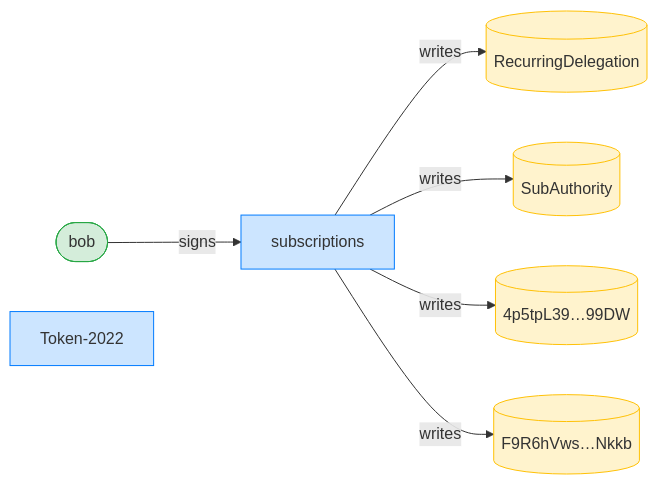
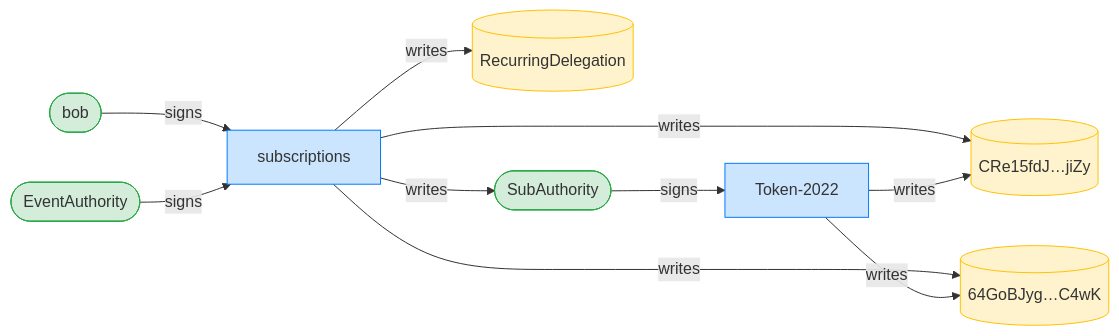
Before and after one commit to cds-rs/subscriptions: diagram 11 of 12 in dsl_tests/recurring-transfer-over-a-token-2022-unconfigured-transfer-hook-mint.md, drawn with Mermaid. The commit also changed other lines of this file and 224 other files, not shown here.

````diff
--- a/dsl_tests/recurring-transfer-over-a-token-2022-unconfigured-transfer-hook-mint.md
+++ b/dsl_tests/recurring-transfer-over-a-token-2022-unconfigured-transfer-hook-mint.md
@@ -214,18 +223,23 @@
 ```mermaid
 flowchart LR
     classDef signer fill:#d4edda,stroke:#28a745;
     classDef program fill:#cce5ff,stroke:#007bff;
     classDef writable fill:#fff3cd,stroke:#ffc107;
     subscriptions[subscriptions]:::program
     RecurringDelegation[(RecurringDelegation)]:::writable
-    SubAuthority[(SubAuthority)]:::writable
-    4p5tpL39_99DW[("4p5tpL39…99DW")]:::writable
-    F9R6hVws_Nkkb[("F9R6hVws…Nkkb")]:::writable
+    SubAuthority([SubAuthority]):::signer
+    CRe15fdJ_jiZy[("CRe15fdJ…jiZy")]:::writable
+    64GoBJyg_C4wK[("64GoBJyg…C4wK")]:::writable
     bob([bob]):::signer
     Token_2022["Token-2022"]:::program
+    EventAuthority([EventAuthority]):::signer
     bob -->|signs| subscriptions
+    SubAuthority -->|signs| Token_2022
+    EventAuthority -->|signs| subscriptions
     subscriptions -->|writes| RecurringDelegation
     subscriptions -->|writes| SubAuthority
-    subscriptions -->|writes| 4p5tpL39_99DW
-    subscriptions -->|writes| F9R6hVws_Nkkb
+    subscriptions -->|writes| CRe15fdJ_jiZy
+    subscriptions -->|writes| 64GoBJyg_C4wK
+    Token_2022 -->|writes| CRe15fdJ_jiZy
+    Token_2022 -->|writes| 64GoBJyg_C4wK
 ```
````
